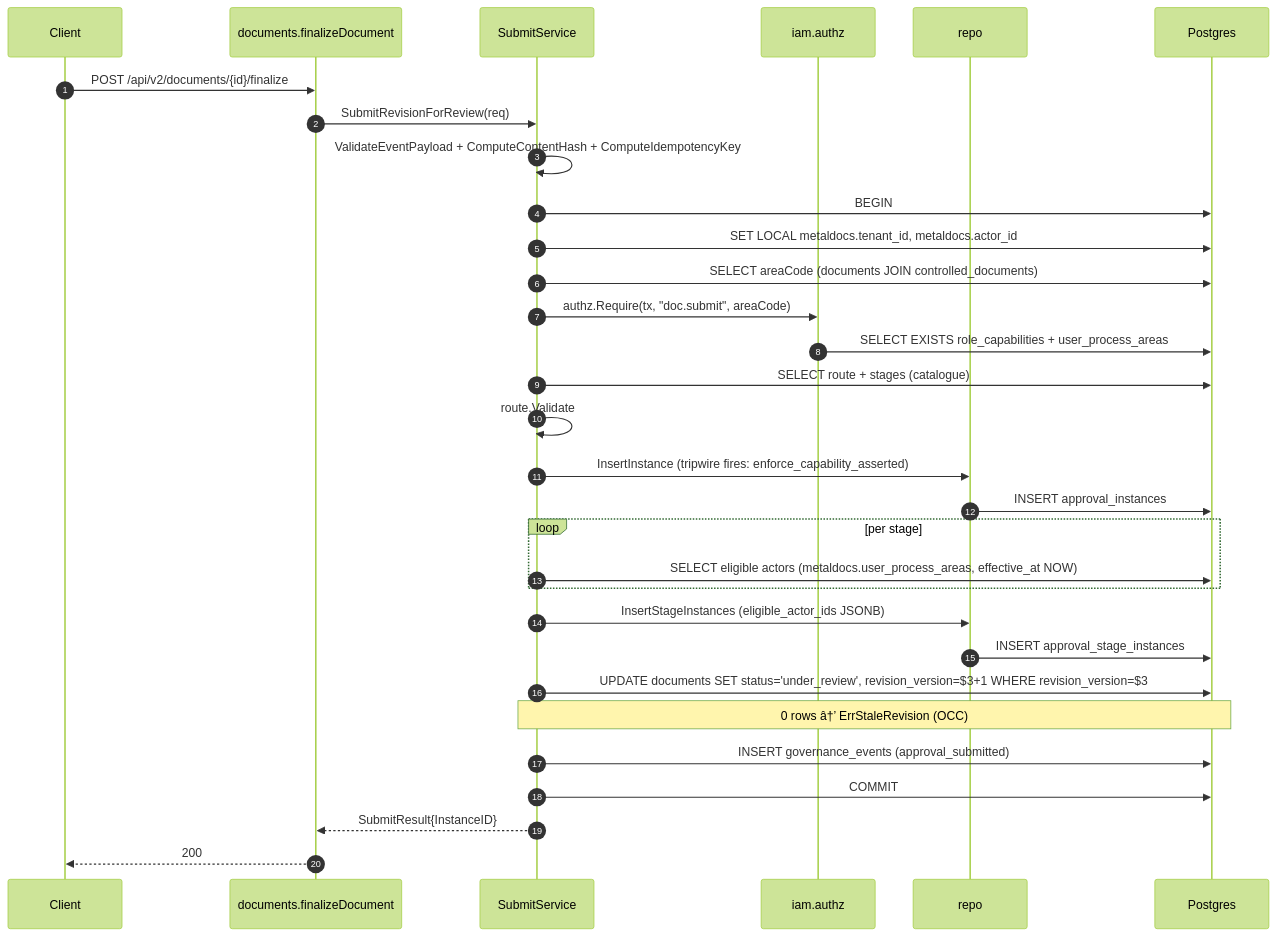
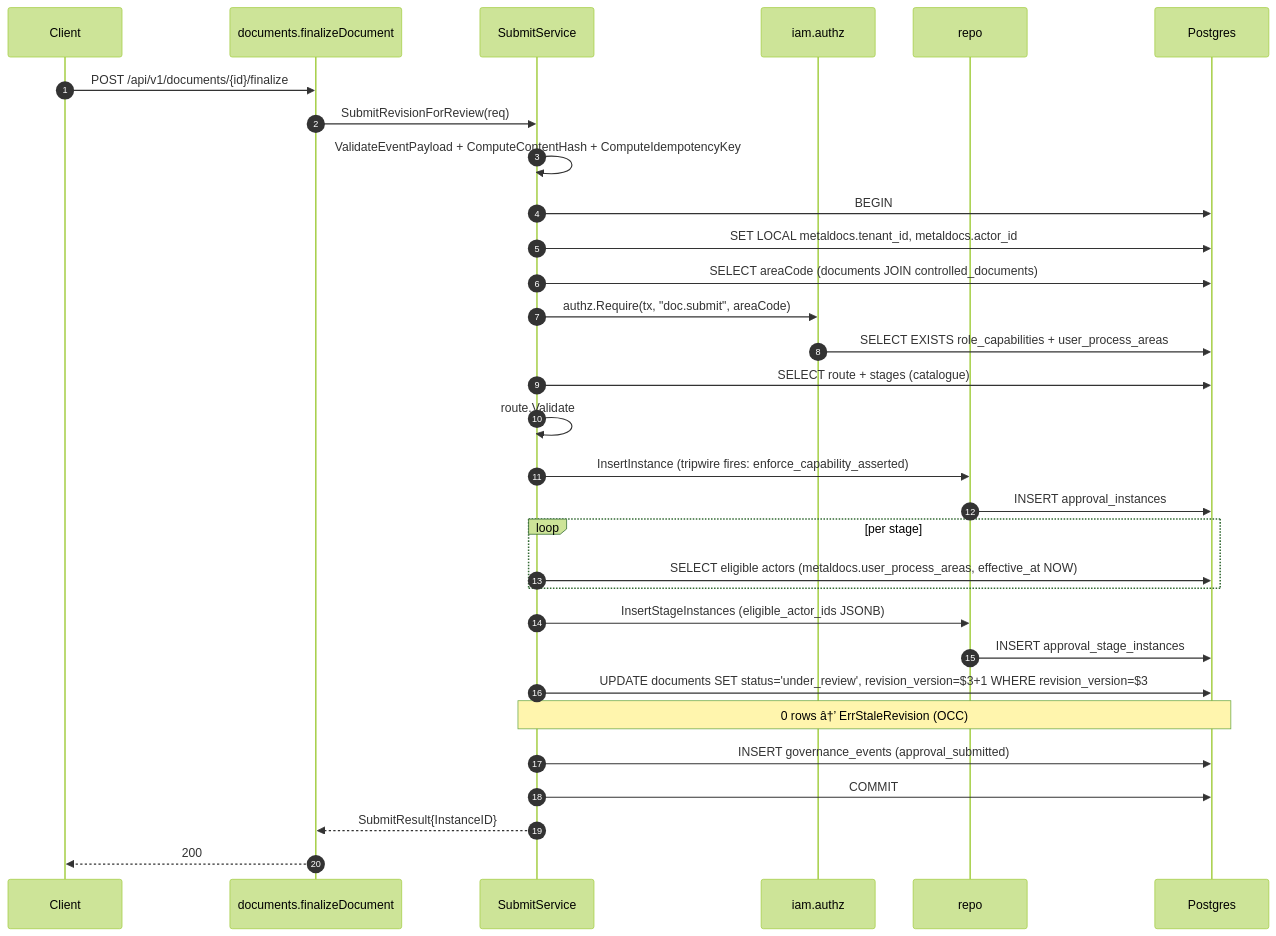
The third of 5 diagrams in wiki/modules/approval.md (developmentconexus-ops/MetalDocs), drawn with Mermaid (forest theme) before and after one commit. The commit also changed other lines of this file and 137 other files, not shown here.

````diff
--- a/wiki/modules/approval.md
+++ b/wiki/modules/approval.md
@@ -222,33 +222,33 @@
 ```mermaid
 sequenceDiagram
     autonumber
     participant C as Client
     participant H as documents.finalizeDocument
     participant S as SubmitService
     participant Z as iam.authz
     participant R as repo
     participant DB as Postgres
-    C->>H: POST /api/v2/documents/{id}/finalize
+    C->>H: POST /api/v1/documents/{id}/finalize
     H->>S: SubmitRevisionForReview(req)
     S->>S: ValidateEventPayload + ComputeContentHash + ComputeIdempotencyKey
     S->>DB: BEGIN
     S->>DB: SET LOCAL metaldocs.tenant_id, metaldocs.actor_id
     S->>DB: SELECT areaCode (documents JOIN controlled_documents)
     S->>Z: authz.Require(tx, "doc.submit", areaCode)
     Z->>DB: SELECT EXISTS role_capabilities + user_process_areas
     S->>DB: SELECT route + stages (catalogue)
     S->>S: route.Validate
     S->>R: InsertInstance (tripwire fires: enforce_capability_asserted)
     R->>DB: INSERT approval_instances
     loop per stage
         S->>DB: SELECT eligible actors (metaldocs.user_process_areas, effective_at NOW)
     end
     S->>R: InsertStageInstances (eligible_actor_ids JSONB)
     R->>DB: INSERT approval_stage_instances
     S->>DB: UPDATE documents SET status='under_review', revision_version=$3+1 WHERE revision_version=$3
     Note over S,DB: 0 rows â†’ ErrStaleRevision (OCC)
     S->>DB: INSERT governance_events (approval_submitted)
     S->>DB: COMMIT
     S-->>H: SubmitResult{InstanceID}
     H-->>C: 200
 ```
````
